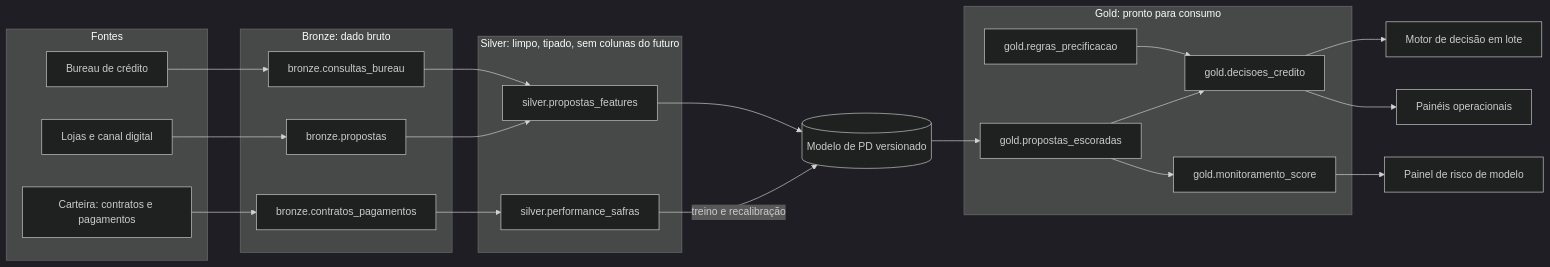
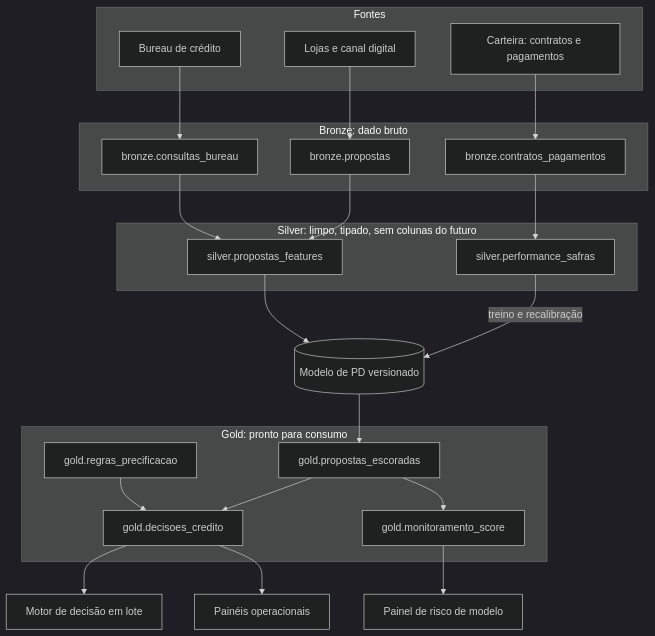
One commit to tulio-mazzarotto/autocred-credit-risk changed the diagram in docs/arquitetura/camada_gold.md. Above: the diagram before and after it, drawn with Mermaid (dark theme).

Commit message:
Deixa o diagrama da camada Gold na vertical
Exportado do projeto de trabalho em 30/09/2026, commit 68e5908.

````diff
--- a/docs/arquitetura/camada_gold.md
+++ b/docs/arquitetura/camada_gold.md
@@ -26,39 +26,39 @@
 ```mermaid
-flowchart LR
+flowchart TB
   subgraph Fontes
     F1[Lojas e canal digital]
     F2[Bureau de crédito]
     F3[Carteira: contratos e pagamentos]
   end
   subgraph Bronze["Bronze: dado bruto"]
     B1[bronze.propostas]
     B2[bronze.consultas_bureau]
     B3[bronze.contratos_pagamentos]
   end
   subgraph Silver["Silver: limpo, tipado, sem colunas do futuro"]
     S1[silver.propostas_features]
     S2[silver.performance_safras]
   end
   M[(Modelo de PD versionado)]
   subgraph Gold["Gold: pronto para consumo"]
     G1[gold.propostas_escoradas]
     G2[gold.regras_precificacao]
     G3[gold.decisoes_credito]
     G4[gold.monitoramento_score]
   end
   F1 --> B1
   F2 --> B2
   F3 --> B3
   B1 --> S1
   B2 --> S1
   B3 --> S2
   S2 -->|treino e recalibração| M
   S1 --> M
   M --> G1
   G1 --> G3
   G2 --> G3
   G1 --> G4
   G3 --> C1[Motor de decisão em lote]
   G3 --> C2[Painéis operacionais]
   G4 --> C3[Painel de risco de modelo]
 ```
````
